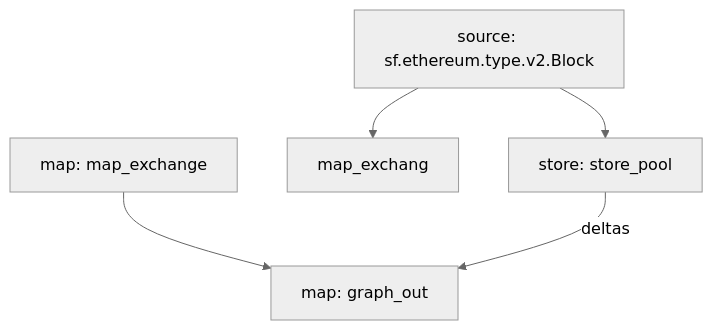
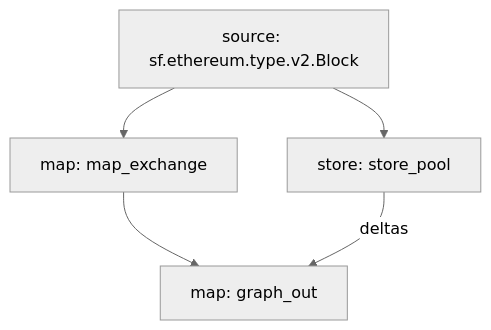
The diagram in README.md (MavericksFive/Exchange-Tracking-Substreams), drawn with Mermaid (neutral theme) before and after one commit.

````diff
--- a/README.md
+++ b/README.md
@@ -67,11 +67,11 @@
 ```mermaid
 graph TD;
   map_exchange[map: map_exchange];
-  sf.ethereum.type.v2.Block[source: sf.ethereum.type.v2.Block] --> map_exchang;
+  sf.ethereum.type.v2.Block[source: sf.ethereum.type.v2.Block] --> map_exchange;
   store_pool[store: store_pool];
   sf.ethereum.type.v2.Block[source: sf.ethereum.type.v2.Block] --> store_pool;
   graph_out[map: graph_out];
   map_exchange --> graph_out;
   store_pool-- deltas --> graph_out;
 
 ```
````
